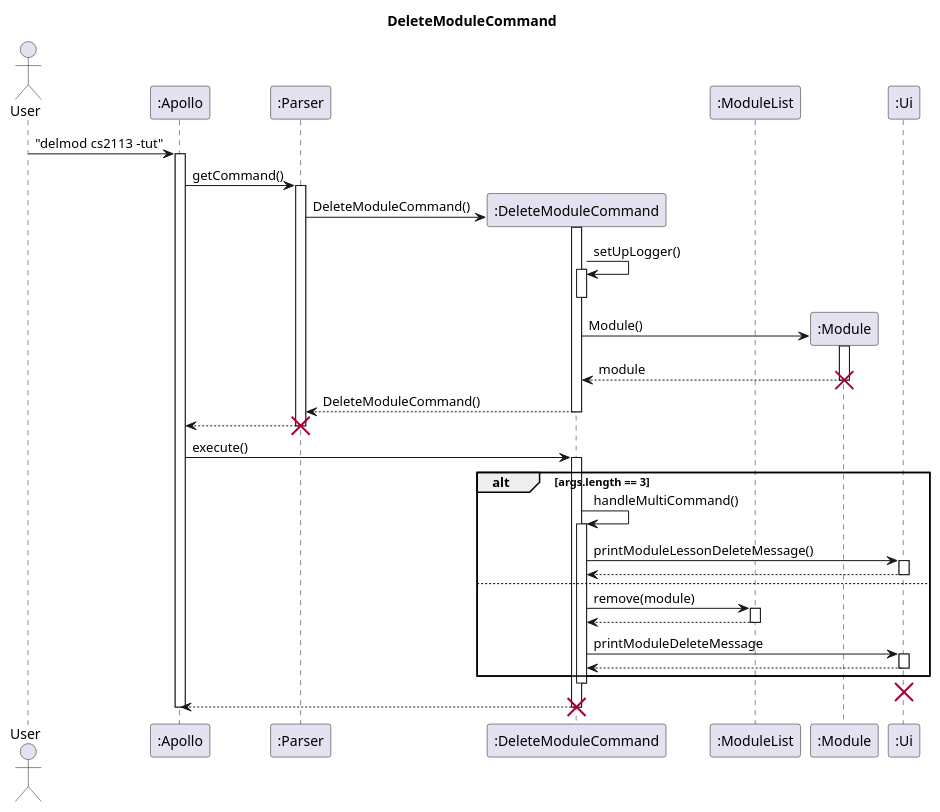
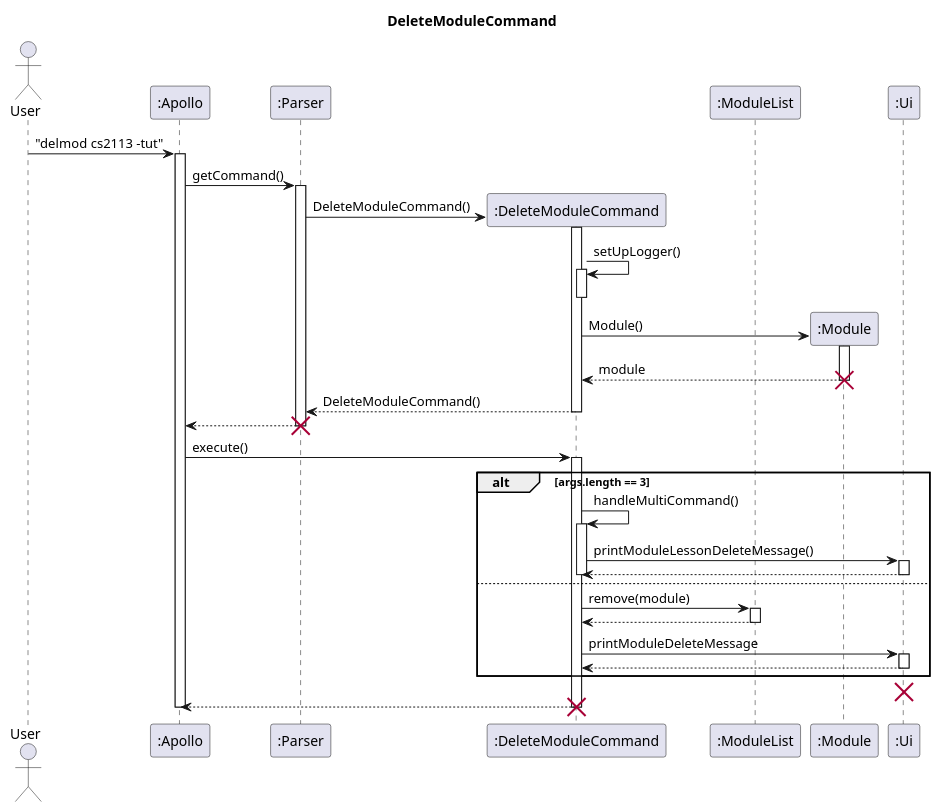
Before and after one commit to nus-cs2113-AY2223S2/tp: the diagram in docs/uml-source/DeleteModuleCommand.puml, drawn with PlantUML. The commit also changed 1 other file, not shown here.

Commit message:
Update activation bar on delmod

```diff
--- a/docs/uml-source/DeleteModuleCommand.puml
+++ b/docs/uml-source/DeleteModuleCommand.puml
@@ -1,84 +1,86 @@
 @startuml
 'https://plantuml.com/sequence-diagram
 
 skinparam maxMessageSize 150
 
 title DeleteModuleCommand
 
 actor User
 
 participant ":Apollo" as Apollo
 participant ":Parser" as Parser
 participant ":DeleteModuleCommand" as delmod
 participant ":ModuleList" as ModuleList
 participant ":Module" as Module
 participant ":Ui" as Ui
 
 User -> Apollo : "delmod cs2113 -tut"
 activate Apollo
 
 Apollo -> Parser: getCommand()
 activate Parser
 
 Parser -> delmod** : DeleteModuleCommand()
 activate delmod
 
 delmod -> delmod : setUpLogger()
 activate delmod
 deactivate delmod
 
 delmod -> Module** : Module()
 activate Module
 Module --> delmod : module
 deactivate Module
 destroy Module
 
 delmod --> Parser : DeleteModuleCommand()
 deactivate delmod
 
 Parser --> Apollo
 deactivate Parser
 destroy Parser
 
 Apollo -> delmod : execute()
 activate delmod
 
 alt args.length == 3
     delmod -> delmod : handleMultiCommand()
     activate delmod
     delmod -> Ui : printModuleLessonDeleteMessage()
     activate Ui
     Ui --> delmod
     deactivate Ui
+
+    deactivate delmod
+
 else
     delmod -> ModuleList : remove(module)
     activate ModuleList
     ModuleList --> delmod
     deactivate ModuleList
 
     delmod -> Ui : printModuleDeleteMessage
     activate Ui
     Ui --> delmod
     deactivate Ui
 
 end
 
-deactivate delmod
 destroy Ui
 
 delmod --> Apollo
 
 deactivate delmod
 destroy delmod
 
 deactivate Apollo
 
 
 
 
 
 
 
 
 
 @enduml
```
